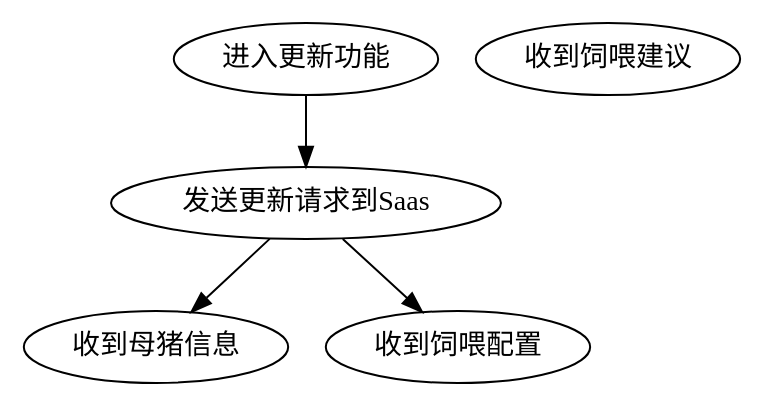
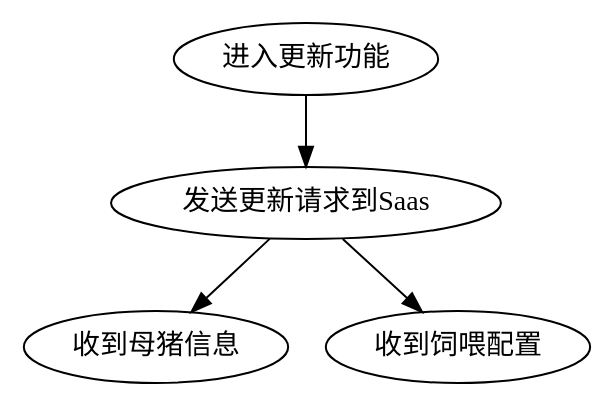
One commit to cruiurc/cruiurc.github.io changed the second of 4 diagrams in source/work/sj/topic/饲喂器业务流程.rst. Above: the diagram before and after it, drawn with Graphviz.

Commit message:
20221120 work

```diff
--- a/source/work/sj/topic/饲喂器业务流程.rst
+++ b/source/work/sj/topic/饲喂器业务流程.rst
@@ -24,12 +24,7 @@
 .. graphviz::
 
     digraph Update{
-       进入更新功能;
-       发送更新请求到Saas;
-       收到母猪信息;
-       收到饲喂建议;
-
        进入更新功能 -> 发送更新请求到Saas;
        发送更新请求到Saas -> 收到母猪信息;
        发送更新请求到Saas -> 收到饲喂配置;
     }
```
